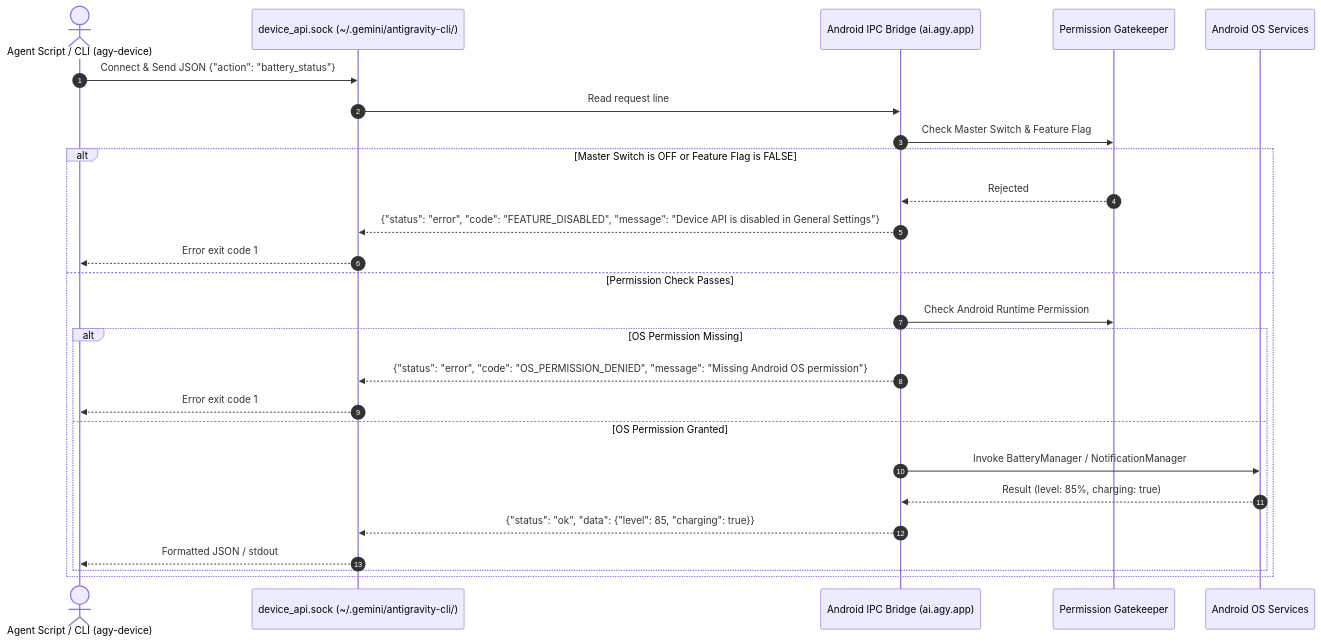
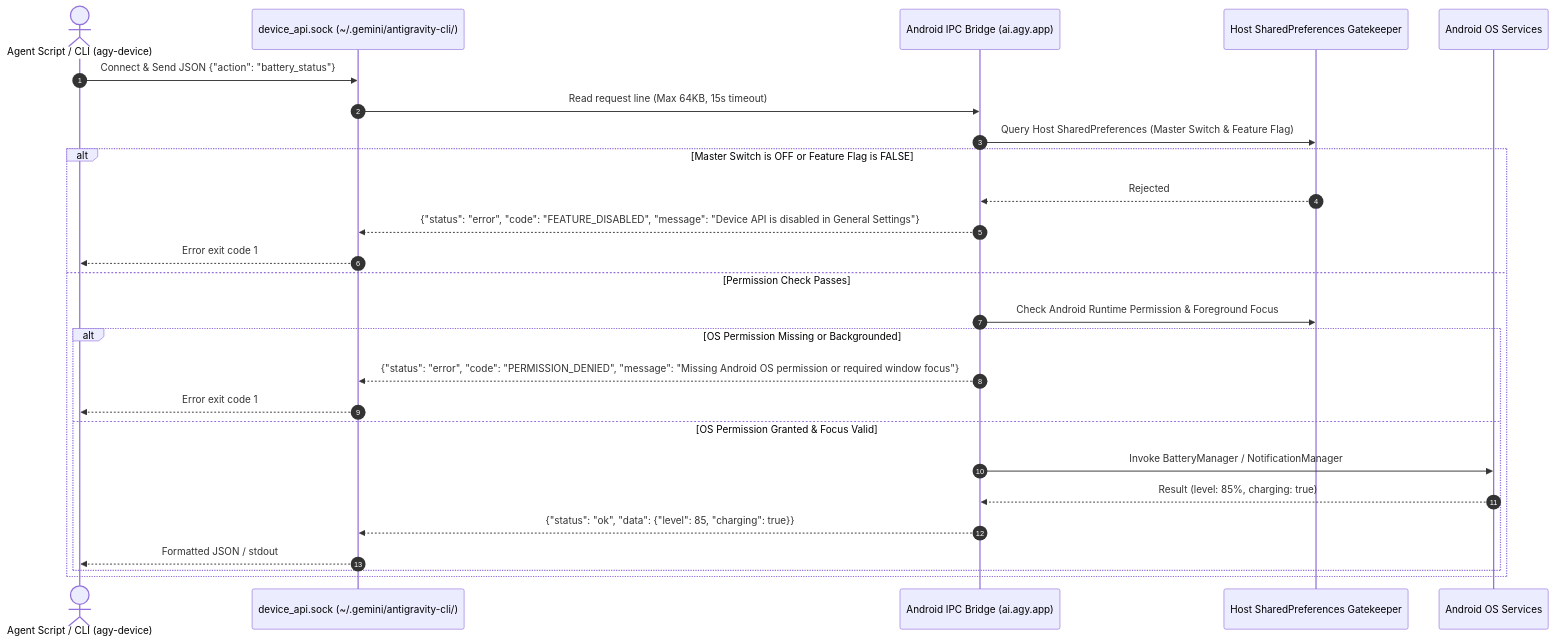
One commit to MisterMoeGreen/Antigravity-Studio-App changed the diagram in specs/v1.9.0/03-native-device-apis-and-general-settings.md. Above: the diagram before and after it, drawn with Mermaid. The commit also changed other lines of this file and 6 other files, not shown here.

Commit message:
feat(specs): incorporate all 10 Gemini 4 Argon security and architectural refinements into v1.9.0

````diff
--- a/specs/v1.9.0/03-native-device-apis-and-general-settings.md
+++ b/specs/v1.9.0/03-native-device-apis-and-general-settings.md
@@ -76,30 +76,30 @@
 ```mermaid
 sequenceDiagram
     autonumber
     actor Agent as Agent Script / CLI (agy-device)
     participant Sock as device_api.sock (~/.gemini/antigravity-cli/)
     participant Bridge as Android IPC Bridge (ai.agy.app)
-    participant Perms as Permission Gatekeeper
+    participant Perms as Host SharedPreferences Gatekeeper
     participant OS as Android OS Services
 
     Agent->>Sock: Connect & Send JSON {"action": "battery_status"}
-    Sock->>Bridge: Read request line
-    Bridge->>Perms: Check Master Switch & Feature Flag
+    Sock->>Bridge: Read request line (Max 64KB, 15s timeout)
+    Bridge->>Perms: Query Host SharedPreferences (Master Switch & Feature Flag)
     
     alt Master Switch is OFF or Feature Flag is FALSE
         Perms-->>Bridge: Rejected
         Bridge-->>Sock: {"status": "error", "code": "FEATURE_DISABLED", "message": "Device API is disabled in General Settings"}
         Sock-->>Agent: Error exit code 1
     else Permission Check Passes
-        Bridge->>Perms: Check Android Runtime Permission
-        alt OS Permission Missing
-            Bridge-->>Sock: {"status": "error", "code": "OS_PERMISSION_DENIED", "message": "Missing Android OS permission"}
+        Bridge->>Perms: Check Android Runtime Permission & Foreground Focus
+        alt OS Permission Missing or Backgrounded
+            Bridge-->>Sock: {"status": "error", "code": "PERMISSION_DENIED", "message": "Missing Android OS permission or required window focus"}
             Sock-->>Agent: Error exit code 1
-        else OS Permission Granted
+        else OS Permission Granted & Focus Valid
             Bridge->>OS: Invoke BatteryManager / NotificationManager
             OS-->>Bridge: Result (level: 85%, charging: true)
             Bridge-->>Sock: {"status": "ok", "data": {"level": 85, "charging": true}}
             Sock-->>Agent: Formatted JSON / stdout
         end
     end
 ```
````
